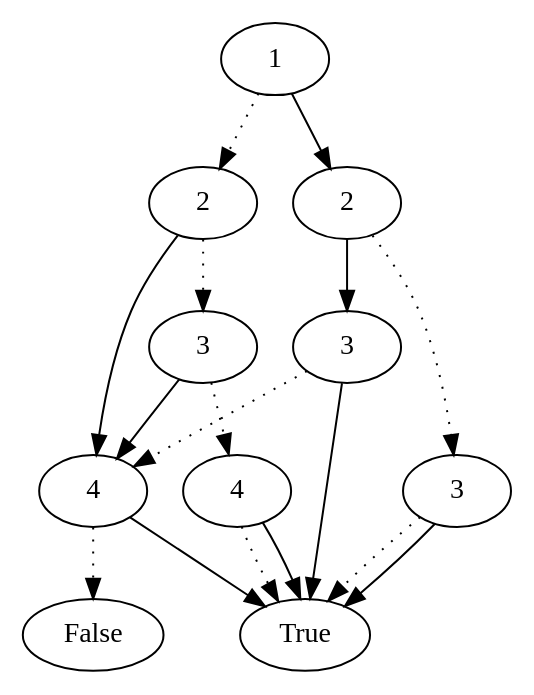
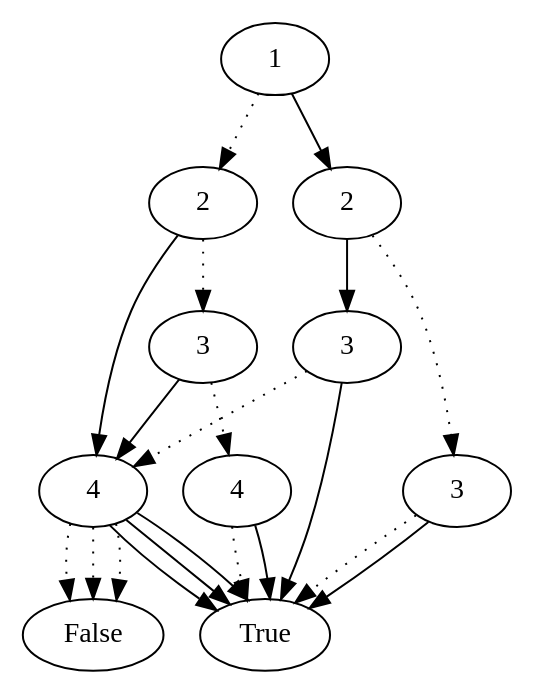
One commit to Tinshea/Zero-Suppressed-Binary-Decision-Diagram changed the diagram in monfichier.dot. Above: the diagram before and after it, drawn with Graphviz. The commit also changed 7 other files, not shown here.

```diff
--- a/monfichier.dot
+++ b/monfichier.dot
@@ -1,35 +1,43 @@
 digraph  {
-  69818963525584 [label = 1];
-  69818963525584 -> 69818963535064 [style=dotted] 
-  69818963535064 [label = 2];
-  69818963535064 -> 69818963537712 [style=dotted] 
-  69818963537712 [label = 3];
-  69818963537712 -> 69818963539352 [style=dotted] 
-  69818963539352 [label = 4];
-  69818963539352 -> 69818963539780 [style=dotted] 
- 69818963539780 [label = True] 
-  69818963539352 -> 69818963539780  
- 69818963539780 [label = True] 
-  69818963537712 -> 69818963538472  
-  69818963538472 [label = 4];
-  69818963538472 -> 69818963539096 [style=dotted] 
-  69818963539096 [label = False] 
-  69818963538472 -> 69818963539780  
- 69818963539780 [label = True] 
-  69818963535064 -> 69818963538472  
-  69818963538472 [label = 4];
-  69818963525584 -> 69818963528576  
-  69818963528576 [label = 2];
-  69818963528576 -> 69818963533012 [style=dotted] 
-  69818963533012 [label = 3];
-  69818963533012 -> 69818963539780 [style=dotted] 
- 69818963539780 [label = True] 
-  69818963533012 -> 69818963539780  
- 69818963539780 [label = True] 
-  69818963528576 -> 69818963530508  
-  69818963530508 [label = 3];
-  69818963530508 -> 69818963538472 [style=dotted] 
-  69818963538472 [label = 4];
-  69818963530508 -> 69818963539780  
- 69818963539780 [label = True] 
+  70105056381956 [label = 1];
+  70105056381956 -> 70105056385724 [style=dotted] 
+  70105056385724 [label = 2];
+  70105056385724 -> 70105056387196 [style=dotted] 
+  70105056387196 [label = 3];
+  70105056387196 -> 70105056387996 [style=dotted] 
+  70105056387996 [label = 4];
+  70105056387996 -> 70105056388336 [style=dotted] 
+ 70105056388336 [label = True] 
+  70105056387996 -> 70105056388336  
+ 70105056388336 [label = True] 
+  70105056387196 -> 70105056387556  
+  70105056387556 [label = 4];
+  70105056387556 -> 70105056387884 [style=dotted] 
+  70105056387884 [label = False] 
+  70105056387556 -> 70105056388336  
+ 70105056388336 [label = True] 
+  70105056385724 -> 70105056387556  
+  70105056387556 [label = 4];
+  70105056387556 -> 70105056387884 [style=dotted] 
+  70105056387884 [label = False] 
+  70105056387556 -> 70105056388336  
+ 70105056388336 [label = True] 
+  70105056381956 -> 70105056383144  
+  70105056383144 [label = 2];
+  70105056383144 -> 70105056384784 [style=dotted] 
+  70105056384784 [label = 3];
+  70105056384784 -> 70105056388336 [style=dotted] 
+ 70105056388336 [label = True] 
+  70105056384784 -> 70105056388336  
+ 70105056388336 [label = True] 
+  70105056383144 -> 70105056383756  
+  70105056383756 [label = 3];
+  70105056383756 -> 70105056387556 [style=dotted] 
+  70105056387556 [label = 4];
+  70105056387556 -> 70105056387884 [style=dotted] 
+  70105056387884 [label = False] 
+  70105056387556 -> 70105056388336  
+ 70105056388336 [label = True] 
+  70105056383756 -> 70105056388336  
+ 70105056388336 [label = True] 
 }
```
